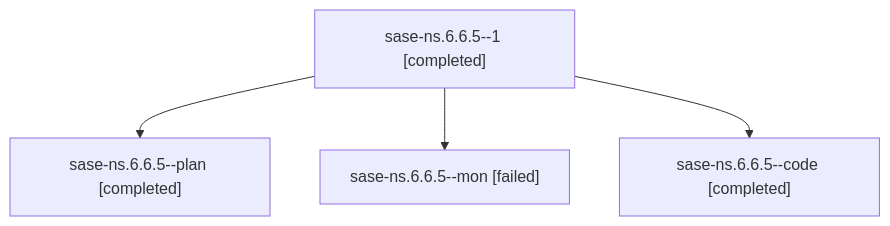
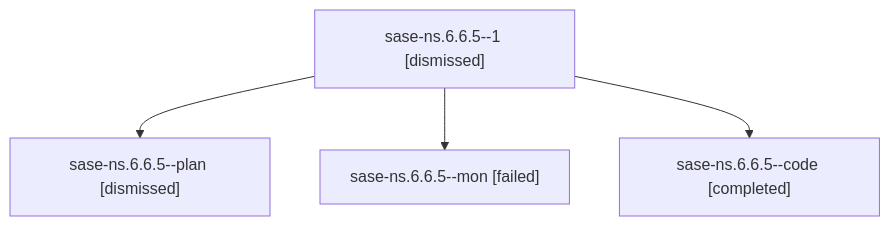
Before and after one commit to sase-org/sase--agents: the diagram in families/bbugyi200.athena.sase-ns.6.6.5.md, drawn with Mermaid. The commit also changed other lines of this file and 179 other files, not shown here.

````diff
--- a/families/bbugyi200.athena.sase-ns.6.6.5.md
+++ b/families/bbugyi200.athena.sase-ns.6.6.5.md
@@ -9,10 +9,10 @@
 ```mermaid
 flowchart TD
-  n0["sase-ns.6.6.5--1 [completed]"]
-  n1["sase-ns.6.6.5--plan [completed]"]
+  n0["sase-ns.6.6.5--1 [dismissed]"]
+  n1["sase-ns.6.6.5--plan [dismissed]"]
   n0 --> n1
   n2["sase-ns.6.6.5--mon [failed]"]
   n0 --> n2
   n3["sase-ns.6.6.5--code [completed]"]
   n0 --> n3
 ```
````
